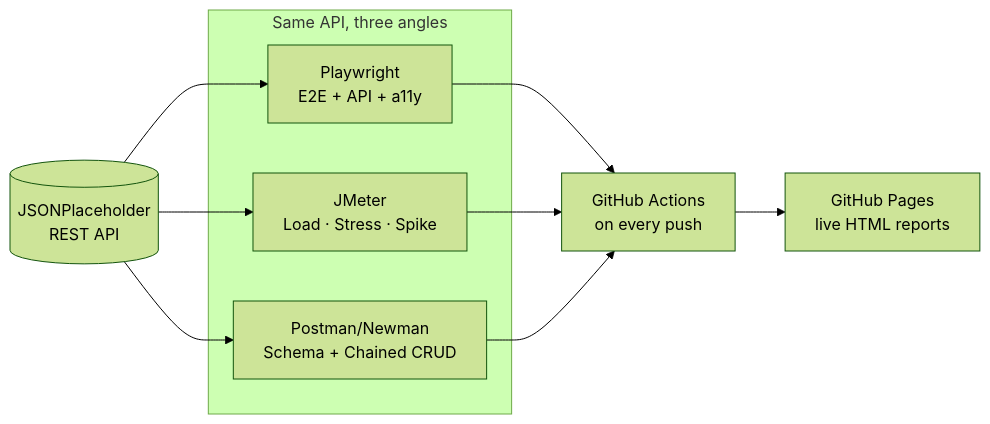
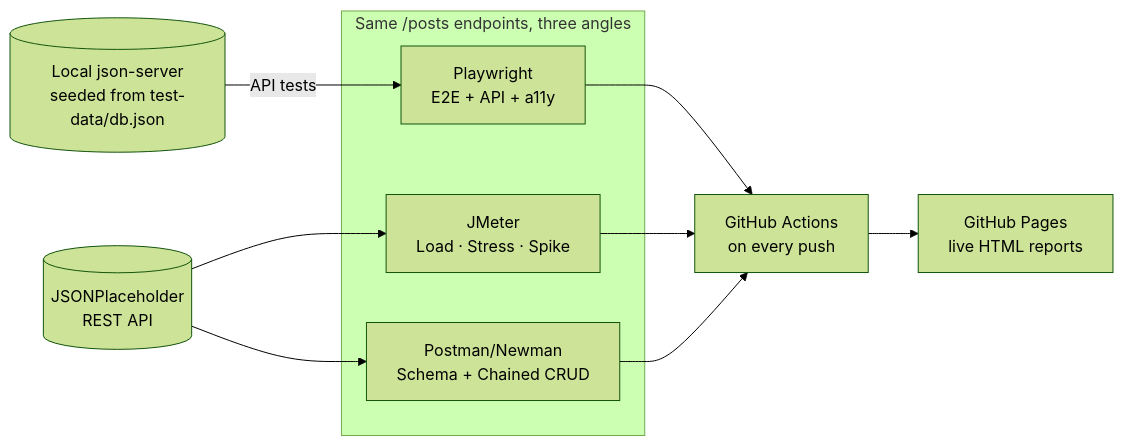
The diagram in README.md (Gikza/qa-automation-portfolio), drawn with Mermaid (forest theme) before and after one commit. The commit also changed other lines of this file and 6 other files, not shown here.

First line of the commit message:
Run Playwright API tests against a local json-server

````diff
--- a/README.md
+++ b/README.md
@@ -20,21 +20,22 @@
 ```mermaid
 flowchart LR
     API[("JSONPlaceholder<br/>REST API")]
+    LOCAL[("Local json-server<br/>seeded from test-data/db.json")]
 
-    subgraph Suites["Same API, three angles"]
+    subgraph Suites["Same /posts endpoints, three angles"]
         PW["Playwright<br/>E2E + API + a11y"]
         JM["JMeter<br/>Load · Stress · Spike"]
         PM["Postman/Newman<br/>Schema + Chained CRUD"]
     end
 
     CI["GitHub Actions<br/>on every push"]
     Pages["GitHub Pages<br/>live HTML reports"]
 
-    API --> PW
+    LOCAL -- API tests --> PW
     API --> JM
     API --> PM
     PW --> CI
     JM --> CI
     PM --> CI
     CI --> Pages
 ```
````
